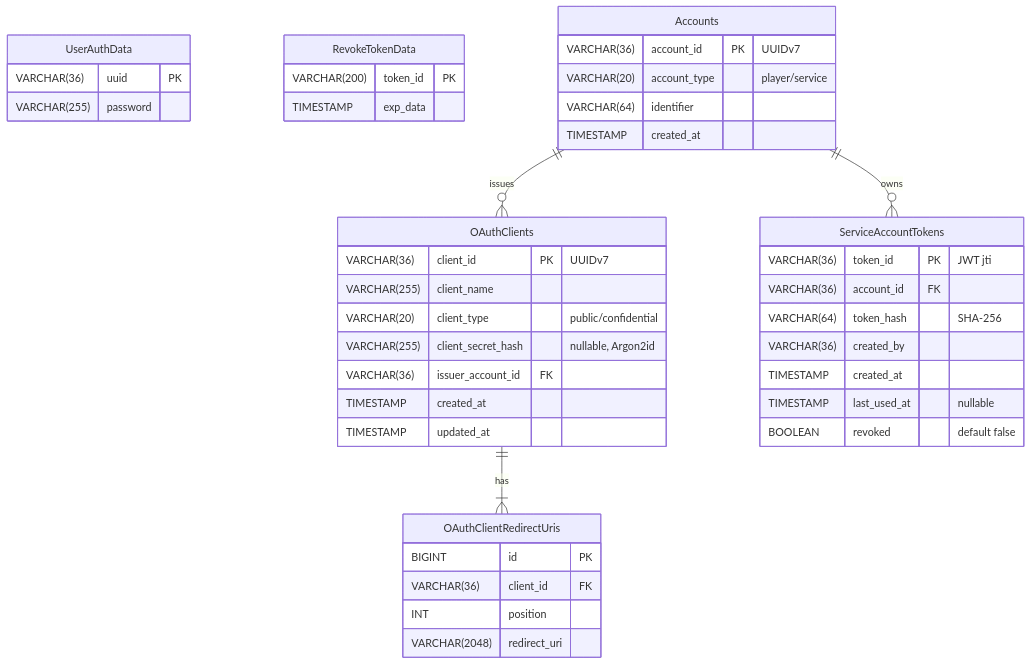
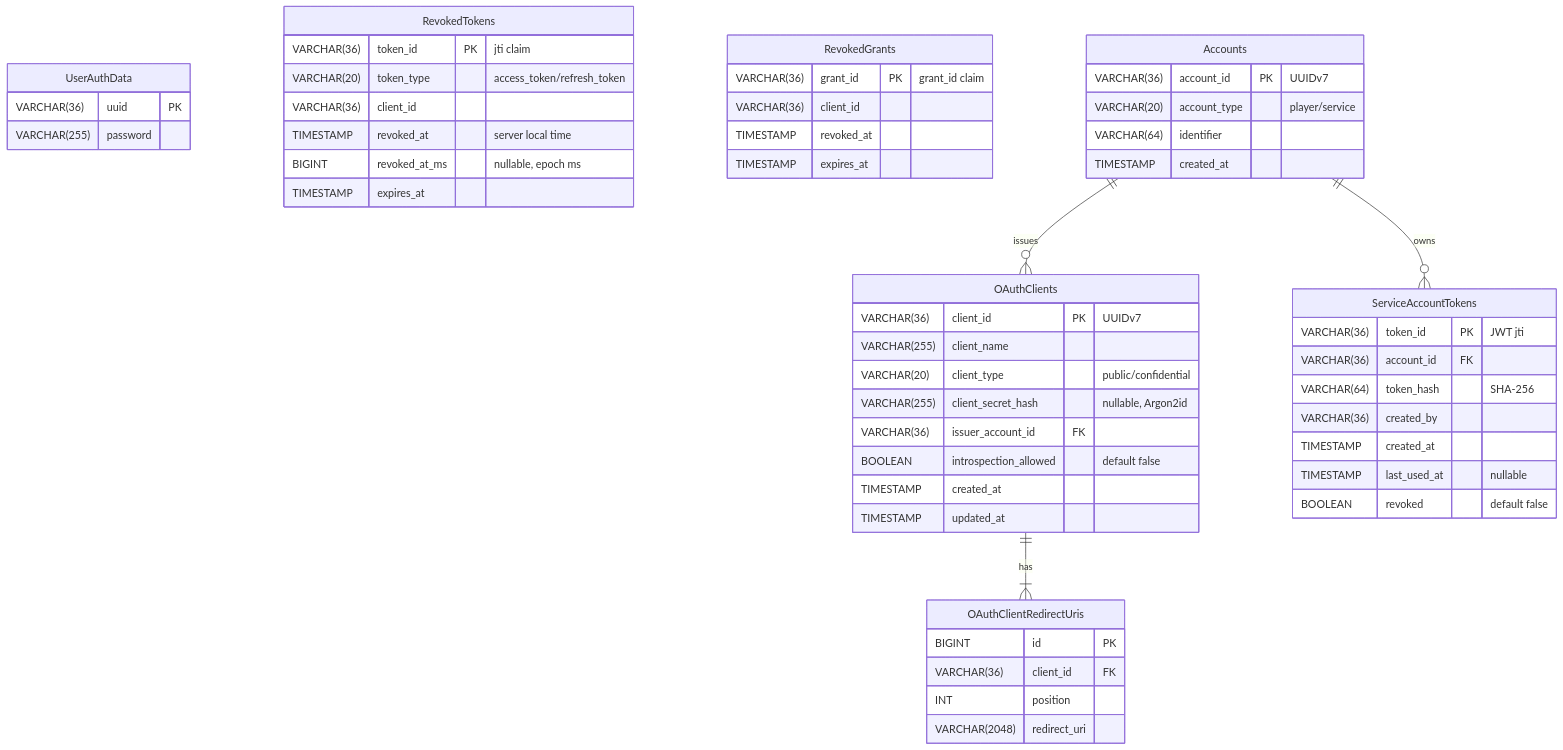
One commit to morinoparty/MineAuth changed the diagram in docs/content/docs/contributer/record/db.mdx. Above: the diagram before and after it, drawn with Mermaid. The commit also changed other lines of this file and 182 other files, not shown here.

````diff
--- a/docs/content/docs/contributer/record/db.mdx
+++ b/docs/content/docs/contributer/record/db.mdx
@@ -103,50 +127,62 @@
 ```mermaid
 erDiagram
     UserAuthData {
         VARCHAR(36) uuid PK
         VARCHAR(255) password
     }
 
-    RevokeTokenData {
-        VARCHAR(200) token_id PK
-        TIMESTAMP exp_data
+    RevokedTokens {
+        VARCHAR(36) token_id PK "jti claim"
+        VARCHAR(20) token_type "access_token/refresh_token"
+        VARCHAR(36) client_id
+        TIMESTAMP revoked_at "server local time"
+        BIGINT revoked_at_ms "nullable, epoch ms"
+        TIMESTAMP expires_at
+    }
+
+    RevokedGrants {
+        VARCHAR(36) grant_id PK "grant_id claim"
+        VARCHAR(36) client_id
+        TIMESTAMP revoked_at
+        TIMESTAMP expires_at
     }
 
     Accounts {
         VARCHAR(36) account_id PK "UUIDv7"
         VARCHAR(20) account_type "player/service"
         VARCHAR(64) identifier
         TIMESTAMP created_at
     }
 
     OAuthClients {
         VARCHAR(36) client_id PK "UUIDv7"
         VARCHAR(255) client_name
         VARCHAR(20) client_type "public/confidential"
         VARCHAR(255) client_secret_hash "nullable, Argon2id"
         VARCHAR(36) issuer_account_id FK
+        BOOLEAN introspection_allowed "default false"
         TIMESTAMP created_at
         TIMESTAMP updated_at
     }
 
     OAuthClientRedirectUris {
         BIGINT id PK
         VARCHAR(36) client_id FK
         INT position
         VARCHAR(2048) redirect_uri
     }
 
     ServiceAccountTokens {
         VARCHAR(36) token_id PK "JWT jti"
         VARCHAR(36) account_id FK
         VARCHAR(64) token_hash "SHA-256"
         VARCHAR(36) created_by
         TIMESTAMP created_at
         TIMESTAMP last_used_at "nullable"
         BOOLEAN revoked "default false"
     }
 
     Accounts ||--o{ OAuthClients : "issues"
     OAuthClients ||--|{ OAuthClientRedirectUris : "has"
     Accounts ||--o{ ServiceAccountTokens : "owns"
 ```
````
